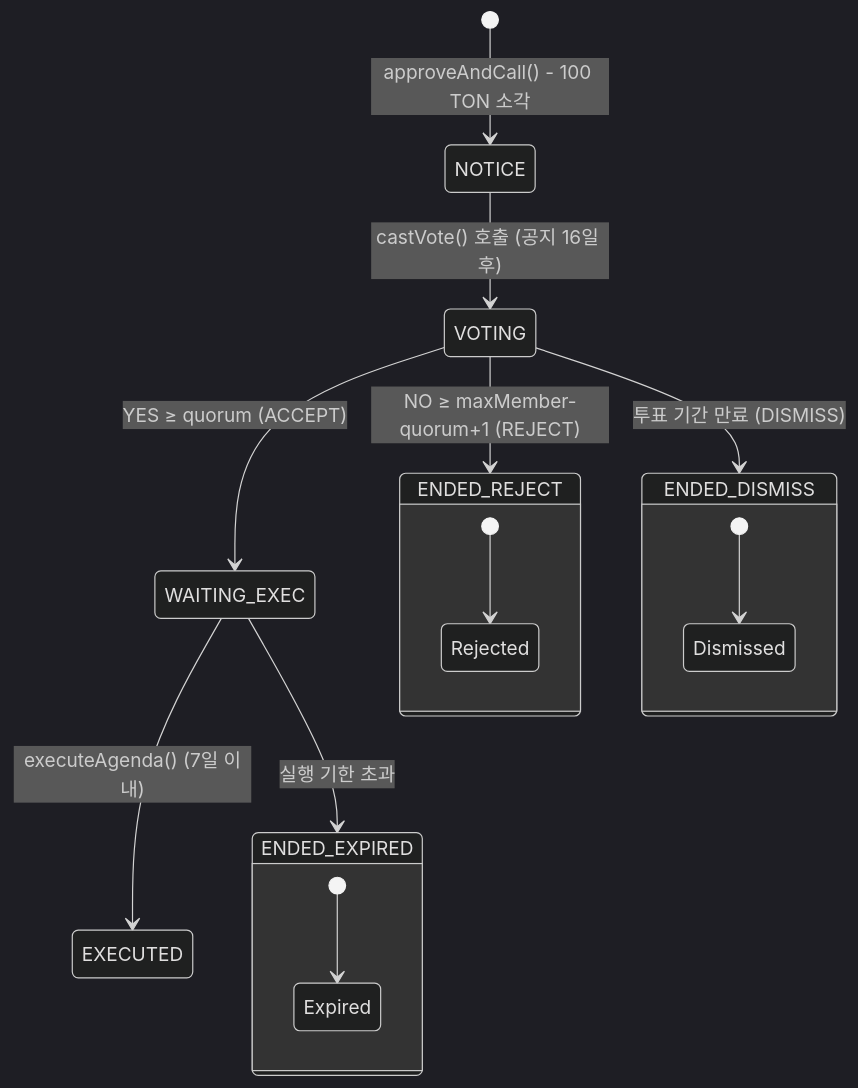
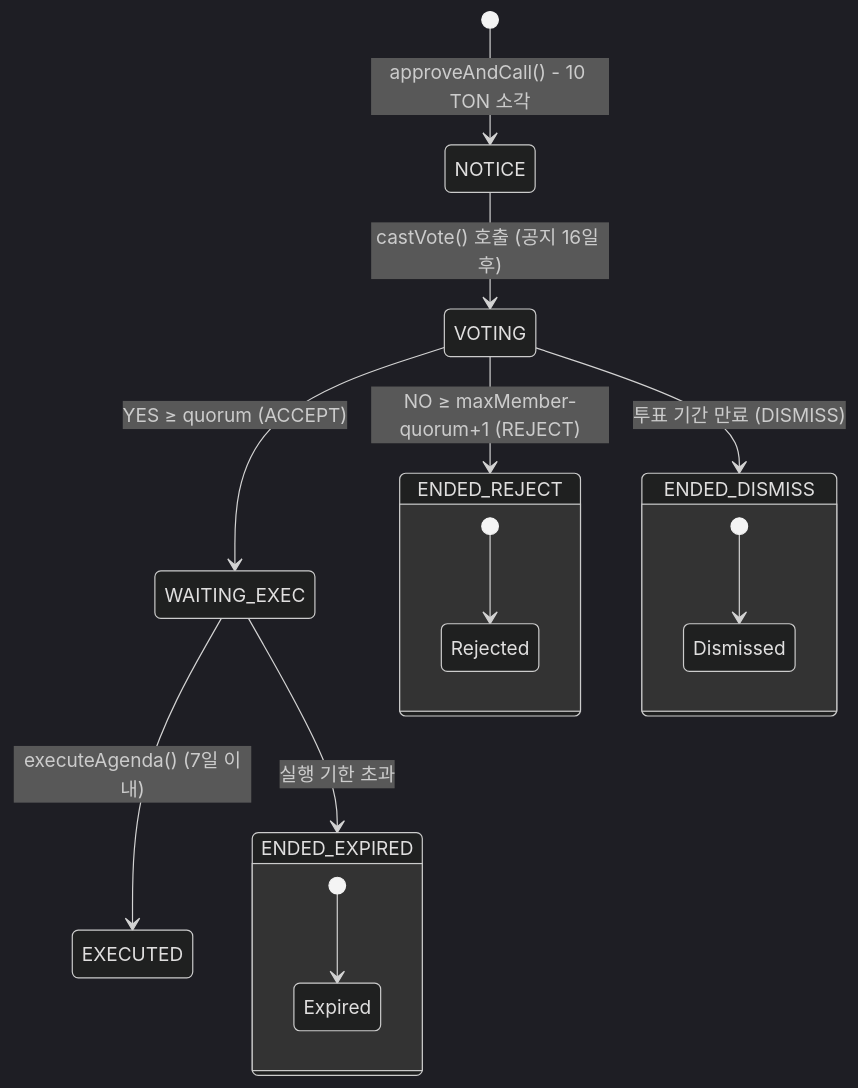
Before and after one commit to tokamak-network/tokamak-dao-v2: the seventh of 11 diagrams in docs/v1-architecture.md, drawn with Mermaid (dark theme). The commit also changed other lines of this file, not shown here.

First line of the commit message:
docs: fix agenda creation fee from 100 TON to 10 TON

````diff
--- a/docs/v1-architecture.md
+++ b/docs/v1-architecture.md
@@ -243,23 +243,23 @@
 ```mermaid
 stateDiagram-v2
-    [*] --> NOTICE : approveAndCall() - 100 TON 소각
+    [*] --> NOTICE : approveAndCall() - 10 TON 소각
 
     NOTICE --> VOTING : castVote() 호출 (공지 16일 후)
 
     VOTING --> WAITING_EXEC : YES ≥ quorum (ACCEPT)
     VOTING --> ENDED_REJECT : NO ≥ maxMember-quorum+1 (REJECT)
     VOTING --> ENDED_DISMISS : 투표 기간 만료 (DISMISS)
 
     WAITING_EXEC --> EXECUTED : executeAgenda() (7일 이내)
     WAITING_EXEC --> ENDED_EXPIRED : 실행 기한 초과
 
     state ENDED_REJECT {
         [*] --> Rejected
     }
     state ENDED_DISMISS {
         [*] --> Dismissed
     }
     state ENDED_EXPIRED {
         [*] --> Expired
     }
 ```
````
